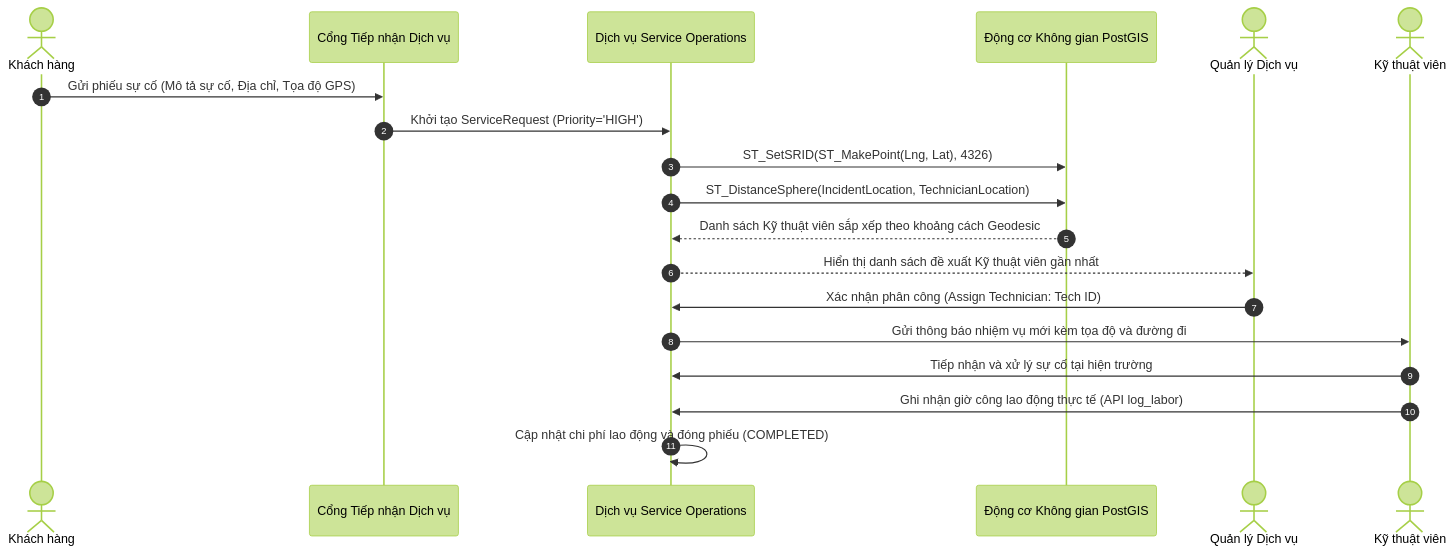
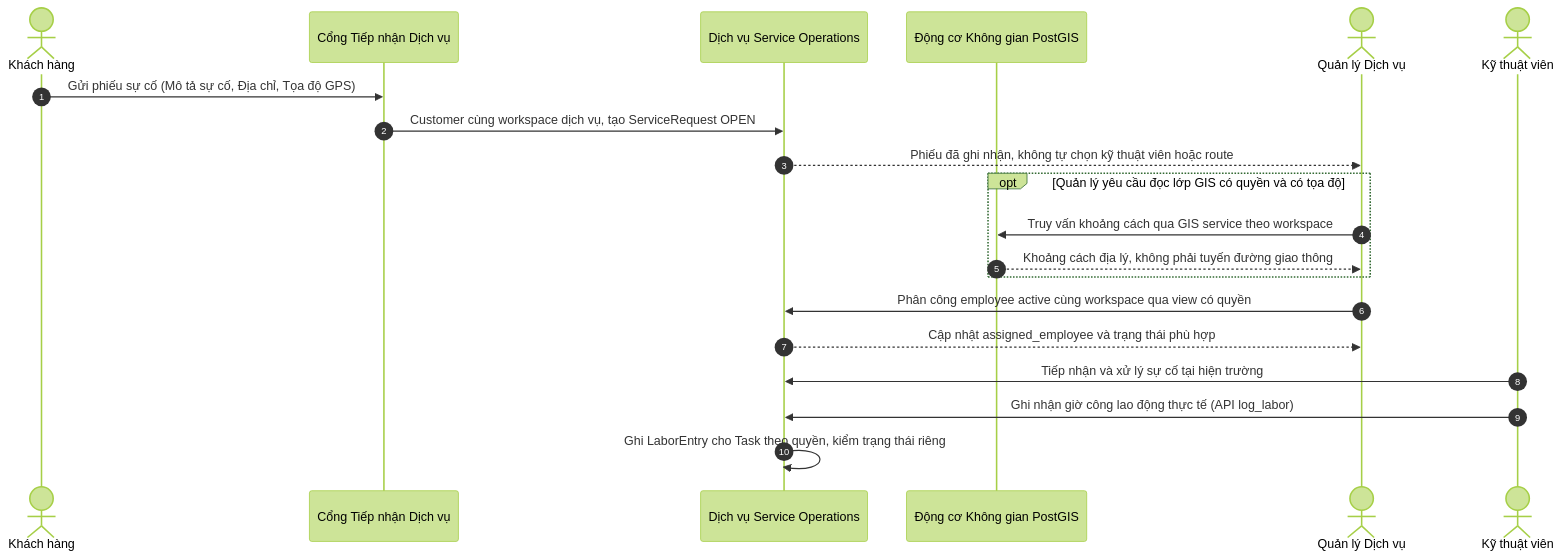
One commit to tienpp1/alphatech changed the third of 5 diagrams in docs/THUYET_MINH_DO_AN_CHUONG_3_4_5.md. Above: the diagram before and after it, drawn with Mermaid (forest theme). The commit also changed other lines of this file and 15 other files, not shown here.

````diff
--- a/docs/THUYET_MINH_DO_AN_CHUONG_3_4_5.md
+++ b/docs/THUYET_MINH_DO_AN_CHUONG_3_4_5.md
@@ -276,22 +268,23 @@
 ```mermaid
 sequenceDiagram
     autonumber
     actor Customer as Khách hàng
     participant Portal as Cổng Tiếp nhận Dịch vụ
     participant SvcOps as Dịch vụ Service Operations
     participant PostGIS as Động cơ Không gian PostGIS
     actor Manager as Quản lý Dịch vụ
     actor Tech as Kỹ thuật viên
 
     Customer->>Portal: Gửi phiếu sự cố (Mô tả sự cố, Địa chỉ, Tọa độ GPS)
-    Portal->>SvcOps: Khởi tạo ServiceRequest (Priority='HIGH')
-    SvcOps->>PostGIS: ST_SetSRID(ST_MakePoint(Lng, Lat), 4326)
-    SvcOps->>PostGIS: ST_DistanceSphere(IncidentLocation, TechnicianLocation)
-    PostGIS-->>SvcOps: Danh sách Kỹ thuật viên sắp xếp theo khoảng cách Geodesic
-    SvcOps-->>Manager: Hiển thị danh sách đề xuất Kỹ thuật viên gần nhất
-    Manager->>SvcOps: Xác nhận phân công (Assign Technician: Tech ID)
-    SvcOps->>Tech: Gửi thông báo nhiệm vụ mới kèm tọa độ và đường đi
+    Portal->>SvcOps: Customer cùng workspace dịch vụ, tạo ServiceRequest OPEN
+    SvcOps-->>Manager: Phiếu đã ghi nhận, không tự chọn kỹ thuật viên hoặc route
+    opt Quản lý yêu cầu đọc lớp GIS có quyền và có tọa độ
+        Manager->>PostGIS: Truy vấn khoảng cách qua GIS service theo workspace
+        PostGIS-->>Manager: Khoảng cách địa lý, không phải tuyến đường giao thông
+    end
+    Manager->>SvcOps: Phân công employee active cùng workspace qua view có quyền
+    SvcOps-->>Manager: Cập nhật assigned_employee và trạng thái phù hợp
     Tech->>SvcOps: Tiếp nhận và xử lý sự cố tại hiện trường
     Tech->>SvcOps: Ghi nhận giờ công lao động thực tế (API log_labor)
-    SvcOps->>SvcOps: Cập nhật chi phí lao động và đóng phiếu (COMPLETED)
+    SvcOps->>SvcOps: Ghi LaborEntry cho Task theo quyền, kiểm trạng thái riêng
 ```
````
